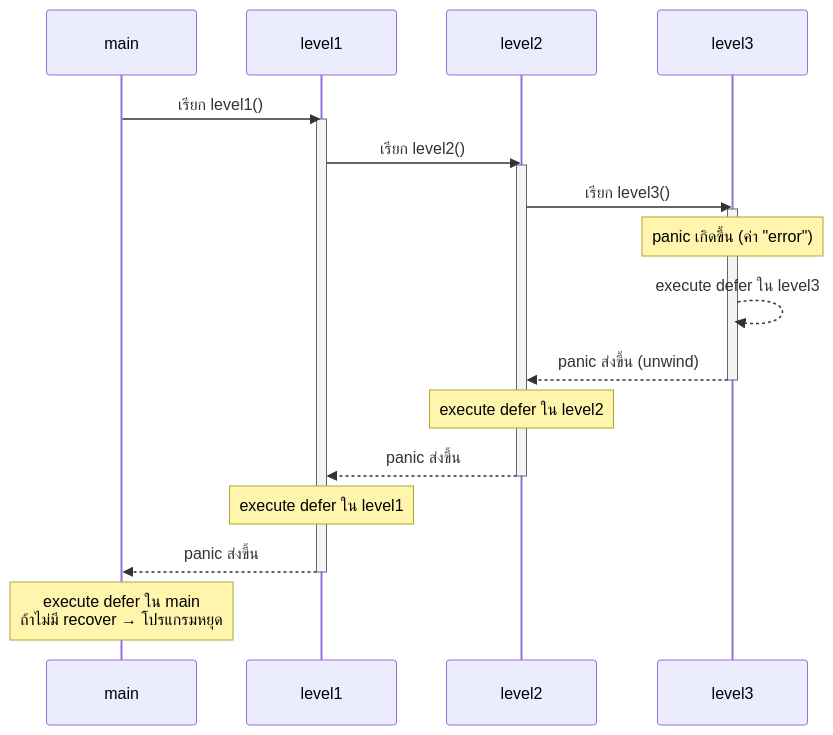
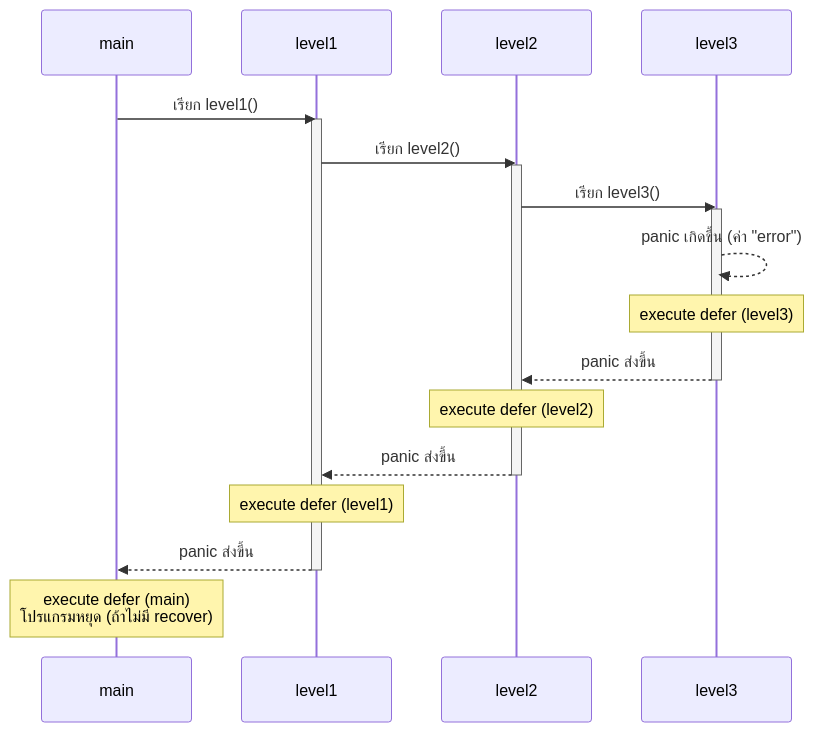
Before and after one commit to kongnakornna/gorestapi: the second of 9 diagrams in README.md, drawn with Mermaid. The commit also changed other lines of this file, not shown here.

````diff
--- a/README.md
+++ b/README.md
@@ -1922,29 +1981,25 @@
 ```mermaid
 sequenceDiagram
     participant main
-    participant level1
-    participant level2
-    participant level3
+    participant L1 as level1
+    participant L2 as level2
+    participant L3 as level3
 
-    main->>level1: เรียก level1()
-    activate level1
-    level1->>level2: เรียก level2()
-    activate level2
-    level2->>level3: เรียก level3()
-    activate level3
-
-    Note over level3: panic เกิดขึ้น (ค่า "error")
-    level3-->>level3: execute defer ใน level3
-    level3-->>level2: panic ส่งขึ้น (unwind)
-    deactivate level3
-
-    Note over level2: execute defer ใน level2
-    level2-->>level1: panic ส่งขึ้น
-    deactivate level2
-
-    Note over level1: execute defer ใน level1
-    level1-->>main: panic ส่งขึ้น
-    deactivate level1
-
-    Note over main: execute defer ใน main<br/>ถ้าไม่มี recover → โปรแกรมหยุด
+    main->>L1: เรียก level1()
+    activate L1
+    L1->>L2: เรียก level2()
+    activate L2
+    L2->>L3: เรียก level3()
+    activate L3
+    L3-->>L3: panic เกิดขึ้น (ค่า "error")
+    Note over L3: execute defer (level3)
+    L3-->>L2: panic ส่งขึ้น
+    deactivate L3
+    Note over L2: execute defer (level2)
+    L2-->>L1: panic ส่งขึ้น
+    deactivate L2
+    Note over L1: execute defer (level1)
+    L1-->>main: panic ส่งขึ้น
+    deactivate L1
+    Note over main: execute defer (main)<br/>โปรแกรมหยุด (ถ้าไม่มี recover)
 ```
````
